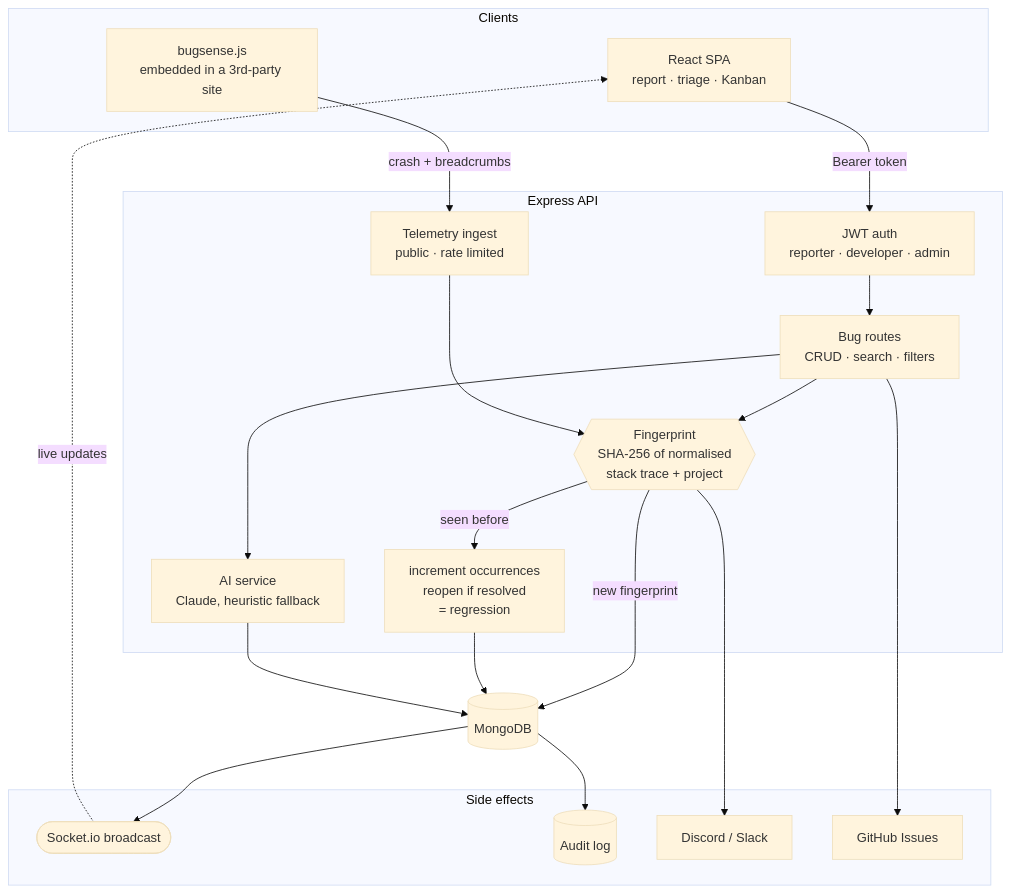
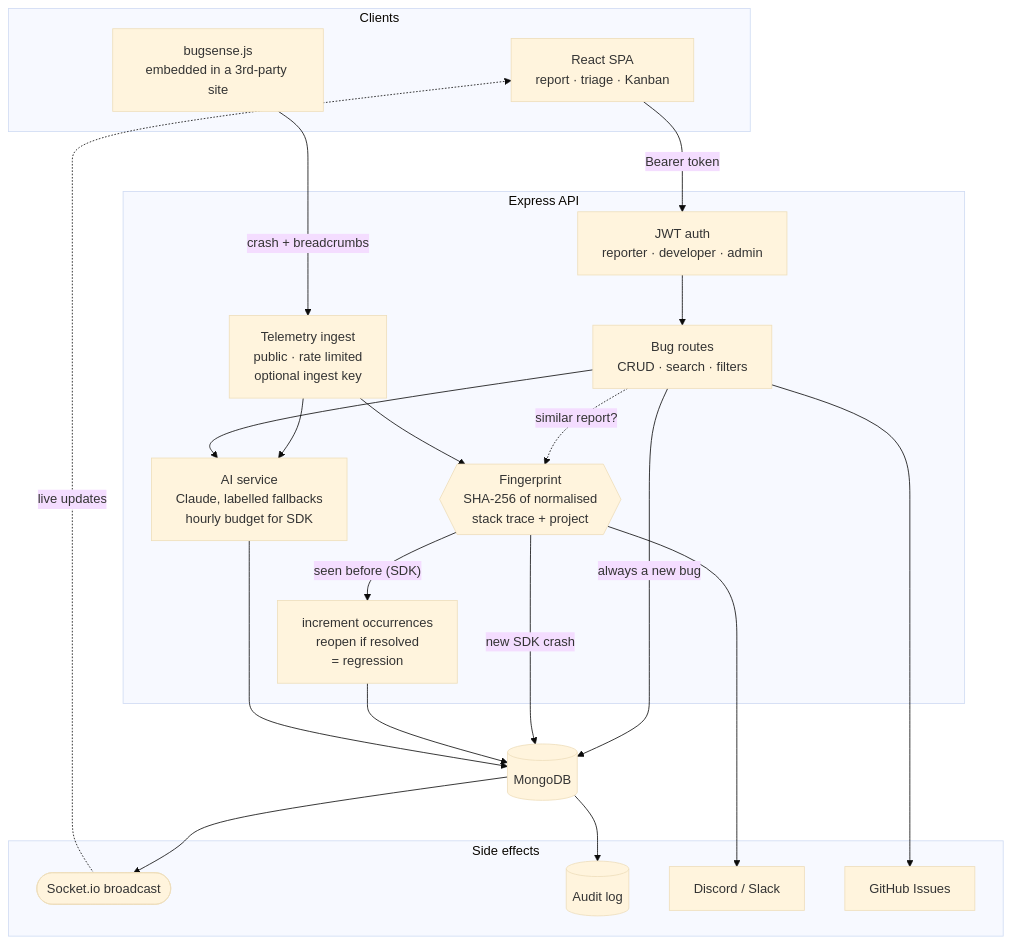
Before and after one commit to Krishnendu-9/bugsense: the diagram in README.md, drawn with Mermaid (base theme). The commit also changed other lines of this file and 31 other files, not shown here.

````diff
--- a/README.md
+++ b/README.md
@@ -111,45 +133,47 @@
 ```mermaid
 flowchart TB
     subgraph clients["Clients"]
         UI["React SPA<br/>report · triage · Kanban"]
         SDK["bugsense.js<br/>embedded in a 3rd-party site"]
     end
 
     subgraph api["Express API"]
         AUTH["JWT auth<br/>reporter · developer · admin"]
         BUGS["Bug routes<br/>CRUD · search · filters"]
-        TEL["Telemetry ingest<br/>public · rate limited"]
+        TEL["Telemetry ingest<br/>public · rate limited<br/>optional ingest key"]
         FP{{"Fingerprint<br/>SHA-256 of normalised<br/>stack trace + project"}}
         INC["increment occurrences<br/>reopen if resolved<br/>= regression"]
-        AI["AI service<br/>Claude, heuristic fallback"]
+        AI["AI service<br/>Claude, labelled fallbacks<br/>hourly budget for SDK"]
     end
 
     subgraph out["Side effects"]
         WS(["Socket.io broadcast"])
         AUDIT[("Audit log")]
         HOOK["Discord / Slack"]
         GH["GitHub Issues"]
     end
 
     DB[("MongoDB")]
 
     UI -->|"Bearer token"| AUTH
     AUTH --> BUGS
     SDK -->|"crash + breadcrumbs"| TEL
 
-    BUGS --> FP
+    BUGS -->|"always a new bug"| DB
+    BUGS -.->|"similar report?"| FP
     TEL --> FP
 
-    FP -->|"new fingerprint"| DB
-    FP -->|"seen before"| INC
+    FP -->|"new SDK crash"| DB
+    FP -->|"seen before (SDK)"| INC
     INC --> DB
+    TEL --> AI
 
     DB --> WS
     DB --> AUDIT
     FP --> HOOK
     BUGS --> AI
     AI --> DB
     BUGS --> GH
 
     WS -.->|"live updates"| UI
 ```
````
